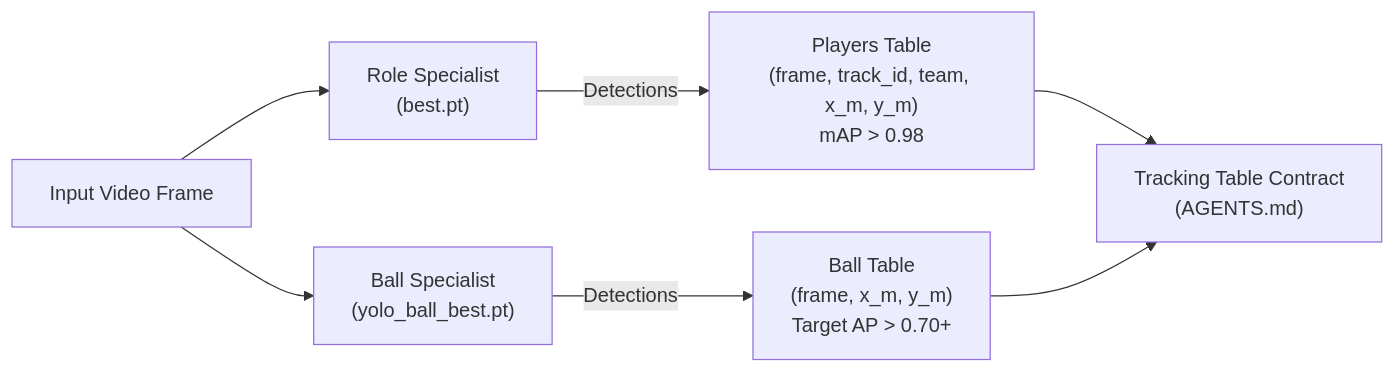
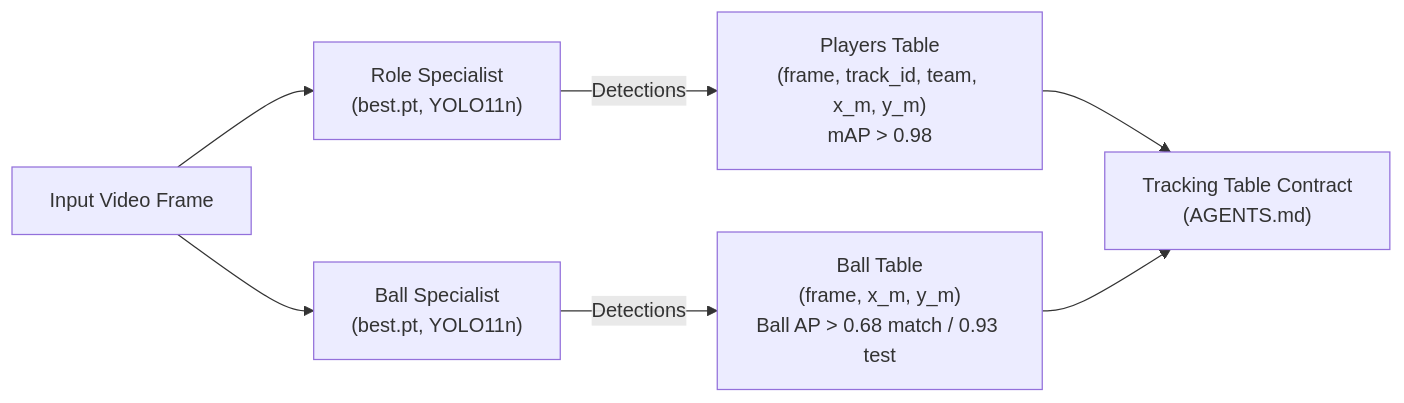
One commit to nativ670/sports-graph changed the second of 2 diagrams in docs/phase2-summary.md. Above: the diagram before and after it, drawn with Mermaid. The commit also changed other lines of this file and 7 other files, not shown here.

Commit message:
feat(detection): upgrade to YOLO11 architecture, evaluate dual models, and update Phase 2 documentation (#21)

````diff
--- a/docs/phase2-summary.md
+++ b/docs/phase2-summary.md
@@ -194,8 +194,8 @@
 ```mermaid
 flowchart LR
-    Frame["Input Video Frame"] --> M1["Role Specialist<br/>(best.pt)"]
-    Frame --> M2["Ball Specialist<br/>(yolo_ball_best.pt)"]
+    Frame["Input Video Frame"] --> M1["Role Specialist<br/>(best.pt, YOLO11n)"]
+    Frame --> M2["Ball Specialist<br/>(best.pt, YOLO11n)"]
     M1 -->|Detections| P["Players Table<br/>(frame, track_id, team, x_m, y_m)<br/>mAP > 0.98"]
-    M2 -->|Detections| B["Ball Table<br/>(frame, x_m, y_m)<br/>Target AP > 0.70+"]
+    M2 -->|Detections| B["Ball Table<br/>(frame, x_m, y_m)<br/>Ball AP > 0.68 match / 0.93 test"]
     P & B --> Contract["Tracking Table Contract<br/>(AGENTS.md)"]
 ```
````
